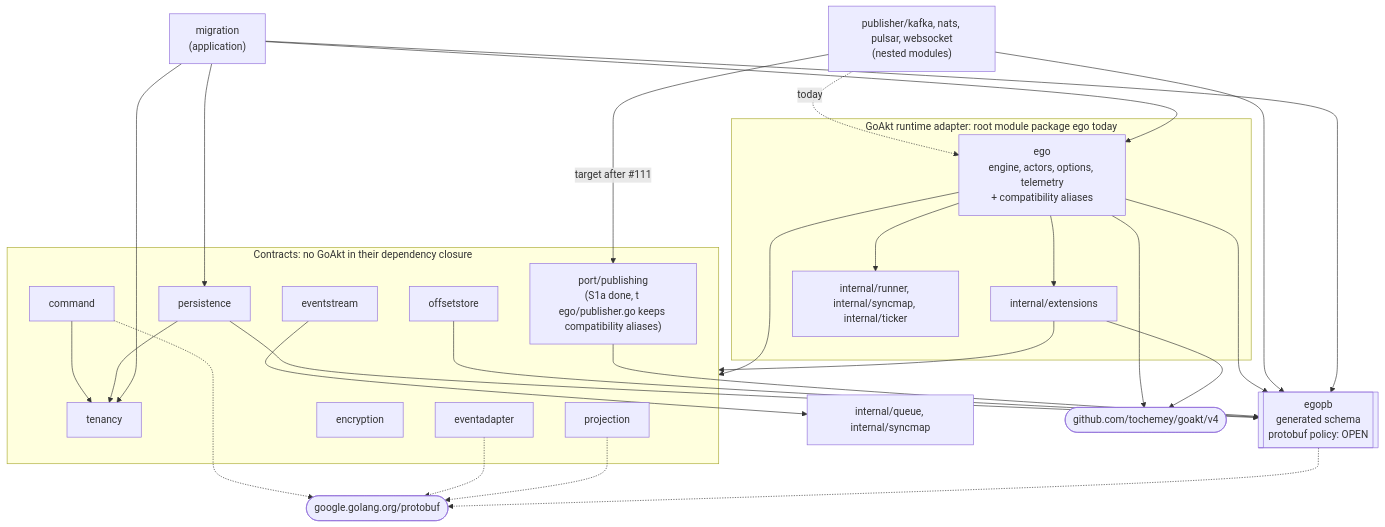
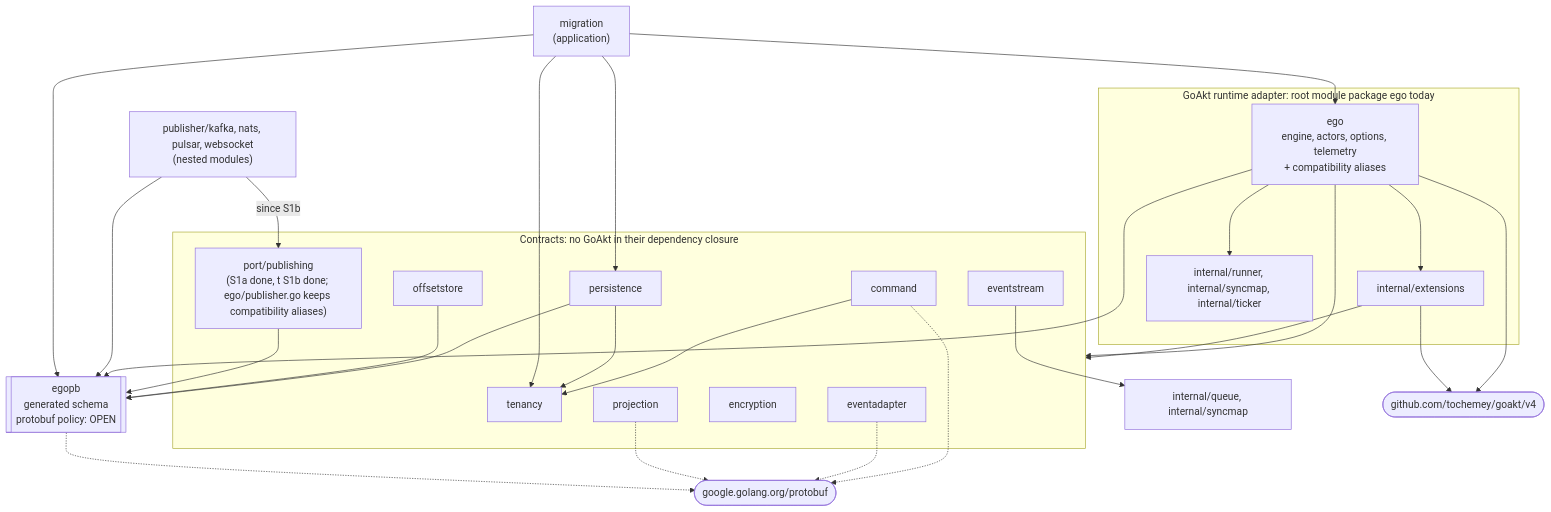
The diagram in openspec/changes/ego-arch-001/design.md (getsyntegrity/ego), drawn with Mermaid before and after one commit. The commit also changed other lines of this file and 12 other files, not shown here.

First line of the commit message:
feat(publisher): import port/publishing instead of package ego (#103, S1b)

````diff
--- a/openspec/changes/ego-arch-001/design.md
+++ b/openspec/changes/ego-arch-001/design.md
@@ -29,54 +29,53 @@
 ```mermaid
 flowchart TB
   subgraph contracts["Contracts: no GoAkt in their dependency closure"]
     tenancy["tenancy"]
     command["command"]
     persistence["persistence"]
     offsetstore["offsetstore"]
-    publishing["port/publishing<br/>(S1a done, #116; ego/publisher.go keeps compatibility aliases)"]
+    publishing["port/publishing<br/>(S1a done, #116; S1b done; ego/publisher.go keeps compatibility aliases)"]
     projection["projection"]
     eventstream["eventstream"]
     encryption["encryption"]
     eventadapter["eventadapter"]
   end
 
   egopb[["egopb<br/>generated schema<br/>protobuf policy: OPEN"]]
   pbrt(["google.golang.org/protobuf"])
   utils["internal/queue, internal/syncmap"]
 
   command --> tenancy
   persistence --> tenancy
   persistence --> egopb
   offsetstore --> egopb
   publishing --> egopb
   eventstream --> utils
   command -.-> pbrt
   eventadapter -.-> pbrt
   projection -.-> pbrt
   egopb -.-> pbrt
 
   subgraph runtime["GoAkt runtime adapter: root module package ego today"]
     ego["ego<br/>engine, actors, options, telemetry<br/>+ compatibility aliases"]
     ext["internal/extensions"]
     rutil["internal/runner, internal/syncmap, internal/ticker"]
   end
   goakt(["github.com/tochemey/goakt/v4"])
 
   ego --> contracts
   ego --> egopb
   ego --> ext
   ego --> rutil
   ext --> contracts
   ego --> goakt
   ext --> goakt
 
   pubs["publisher/kafka, nats, pulsar, websocket<br/>(nested modules)"]
-  pubs -- "target after #111" --> publishing
-  pubs -. "today" .-> ego
+  pubs -- "since S1b" --> publishing
   pubs --> egopb
 
   migration["migration<br/>(application)"] --> ego
   migration --> persistence
   migration --> tenancy
   migration --> egopb
 ```
````
